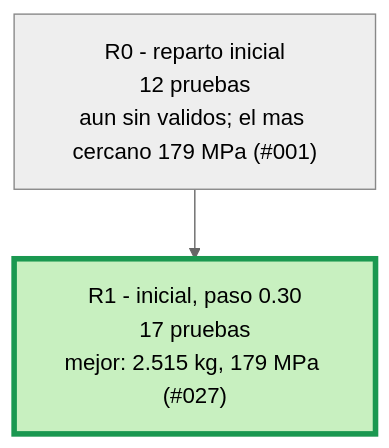
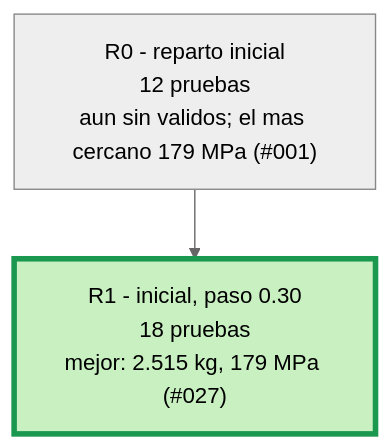
One commit to Hugiko/msd-soporte-optimizacion changed the second of 3 diagrams in runs/opt_37800N/ARBOL.md. Above: the diagram before and after it, drawn with Mermaid (neutral theme). The commit also changed other lines of this file and 29 other files, not shown here.

````diff
--- a/runs/opt_37800N/ARBOL.md
+++ b/runs/opt_37800N/ARBOL.md
@@ -21,9 +21,9 @@
 ```mermaid
 graph TD
 classDef activa fill:#d6eaff,stroke:#1f6fb5,color:#000
 classDef fin fill:#eeeeee,stroke:#888,color:#000
 classDef mejor fill:#c8f0c0,stroke:#1a9850,stroke-width:4px,color:#000
 R0["R0 - reparto inicial<br/>12 pruebas<br/>aun sin validos; el mas cercano 179 MPa (#001)"]:::fin
-R1["R1 - inicial, paso 0.30<br/>17 pruebas<br/>mejor: 2.515 kg, 179 MPa (#027)"]:::mejor
+R1["R1 - inicial, paso 0.30<br/>18 pruebas<br/>mejor: 2.515 kg, 179 MPa (#027)"]:::mejor
 R0 --> R1
 ```
````
